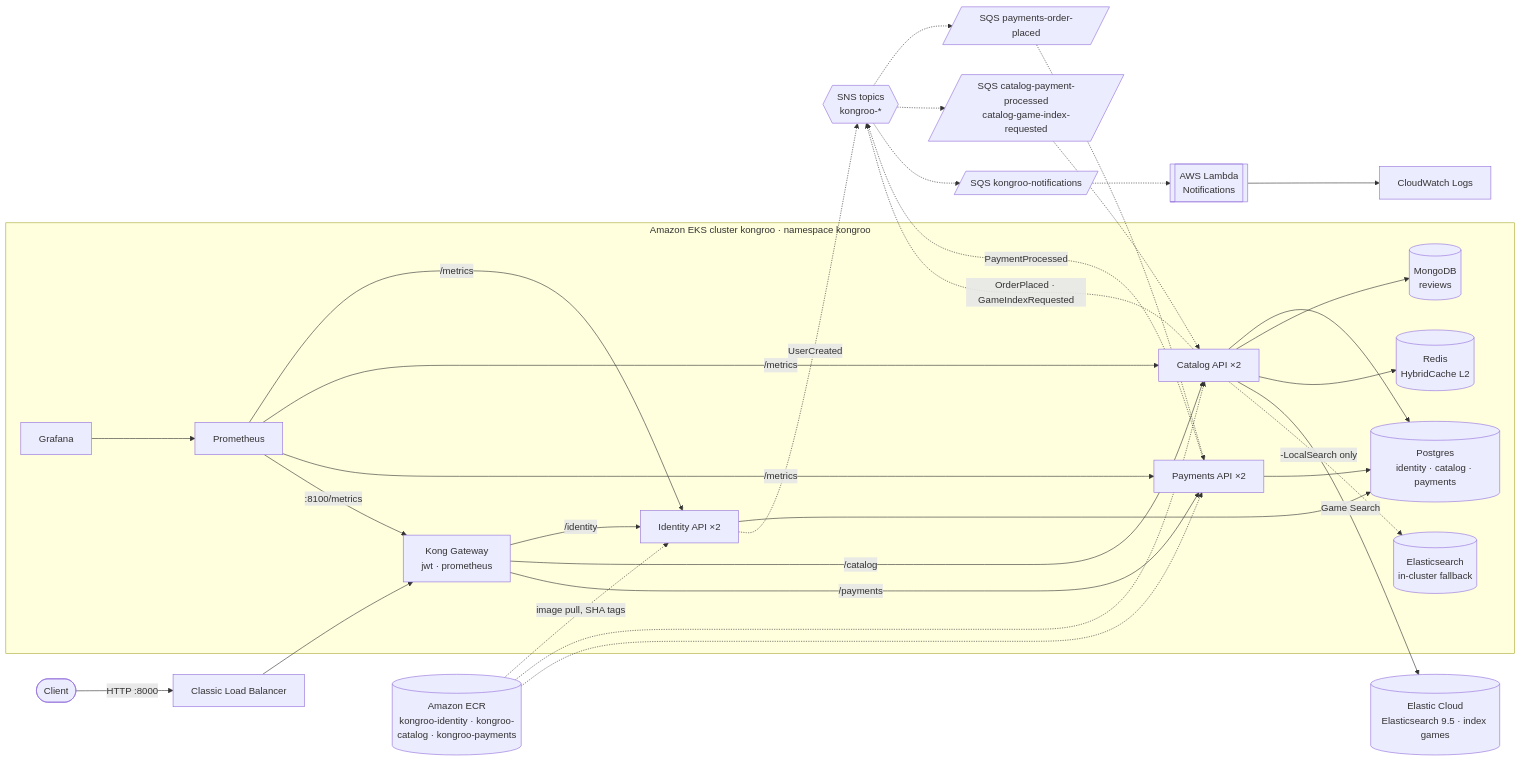
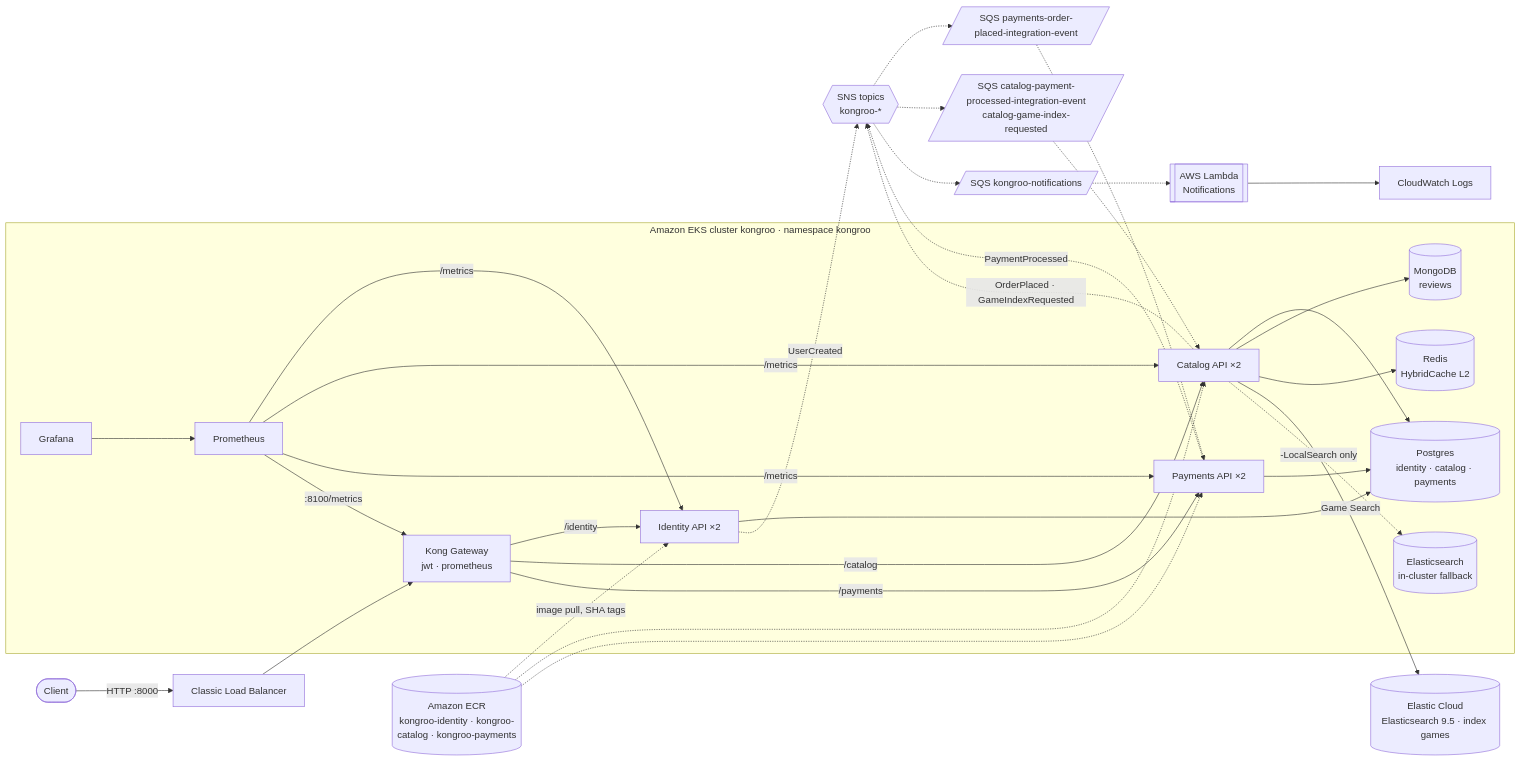
Before and after one commit to almeidajr/Kongroo.Orchestration: the first of 11 diagrams in ARCHITECTURE.md, drawn with Mermaid. The commit also changed other lines of this file, not shown here.

Commit message:
docs: fix ARCHITECTURE queue names and review findings

````diff
--- a/ARCHITECTURE.md
+++ b/ARCHITECTURE.md
@@ -36,46 +36,46 @@
 ```mermaid
 flowchart LR
     client([Client]) -->|HTTP :8000| clb[Classic Load Balancer]
 
     subgraph eks[Amazon EKS cluster kongroo · namespace kongroo]
         kong[Kong Gateway<br/>jwt · prometheus]
         identity[Identity API ×2]
         catalog[Catalog API ×2]
         payments[Payments API ×2]
         pg[(Postgres<br/>identity · catalog · payments)]
         mongo[(MongoDB<br/>reviews)]
         redis[(Redis<br/>HybridCache L2)]
         esl[("Elasticsearch<br/>in-cluster fallback")]
         prom[Prometheus]
         grafana[Grafana]
     end
 
     clb --> kong
     kong -->|/identity| identity
     kong -->|/catalog| catalog
     kong -->|/payments| payments
     identity --> pg
     catalog --> pg
     payments --> pg
     catalog --> mongo
     catalog --> redis
     catalog -->|Game Search| es[("Elastic Cloud<br/>Elasticsearch 9.5 · index games")]
     catalog -.->|"-LocalSearch only"| esl
 
     identity -.->|UserCreated| sns{{SNS topics<br/>kongroo-*}}
     catalog -.->|OrderPlaced · GameIndexRequested| sns
     payments -.->|PaymentProcessed| sns
-    sns -.-> sqsp[/SQS payments-order-placed/] -.-> payments
-    sns -.-> sqsc[/SQS catalog-payment-processed<br/>catalog-game-index-requested/] -.-> catalog
+    sns -.-> sqsp[/SQS payments-order-placed-integration-event/] -.-> payments
+    sns -.-> sqsc[/SQS catalog-payment-processed-integration-event<br/>catalog-game-index-requested/] -.-> catalog
     sns -.-> sqsn[/SQS kongroo-notifications/] -.-> lambda[[AWS Lambda<br/>Notifications]] --> cw[CloudWatch Logs]
 
     ecr[(Amazon ECR<br/>kongroo-identity · kongroo-catalog · kongroo-payments)] -.->|image pull, SHA tags| identity
     ecr -.-> catalog
     ecr -.-> payments
 
     prom -->|/metrics| identity
     prom -->|/metrics| catalog
     prom -->|/metrics| payments
     prom -->|:8100/metrics| kong
     grafana --> prom
 ```
````
